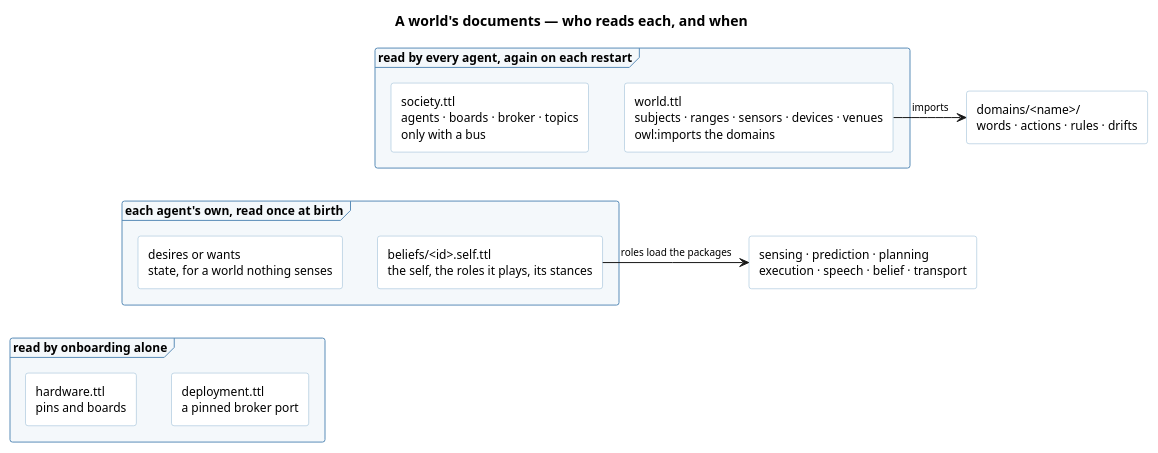
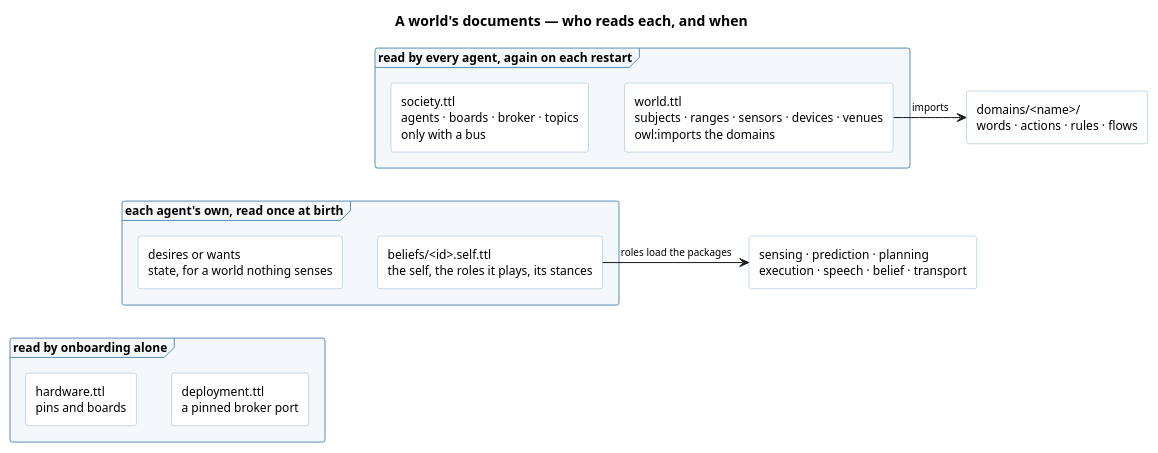
The diagram in knowledge/diagrams/runbook-world-documents.puml (ShishkinDmitriy/orexis), drawn with PlantUML before and after one commit. The commit also changed 110 other files, not shown here.

```diff
--- a/knowledge/diagrams/runbook-world-documents.puml
+++ b/knowledge/diagrams/runbook-world-documents.puml
@@ -1,36 +1,36 @@
 @startuml runbook-world-documents
 title A world's documents — who reads each, and when
 
 skinparam shadowing false
 skinparam defaultFontSize 12
 skinparam titleFontSize 14
 skinparam ArrowFontSize 10
 skinparam rectangle {
   BackgroundColor #FFFFFF
   BorderColor #8FB4D0
 }
 skinparam frame {
   BackgroundColor #F4F8FB
   BorderColor #5B8DB8
 }
 
 frame "read by every agent, again on each restart" {
   rectangle "world.ttl\nsubjects · ranges · sensors · devices · venues\nowl:imports the domains" as W
   rectangle "society.ttl\nagents · boards · broker · topics\nonly with a bus" as S
 }
 frame "each agent's own, read once at birth" {
   rectangle "beliefs/<id>.self.ttl\nthe self, the roles it plays, its stances" as SELF
   rectangle "desires or wants\nstate, for a world nothing senses" as DES
 }
 frame "read by onboarding alone" {
   rectangle "deployment.ttl\na pinned broker port" as DEP
   rectangle "hardware.ttl\npins and boards" as HW
 }
-rectangle "domains/<name>/\nwords · actions · rules · drifts" as DOM
+rectangle "domains/<name>/\nwords · actions · rules · flows" as DOM
 rectangle "sensing · prediction · planning\nexecution · speech · belief · transport" as PK
 
 W -right-> DOM : imports
 SELF -right-> PK : roles load the packages
 S -[hidden]down-> SELF
 DES -[hidden]down-> DEP
 @enduml
```
